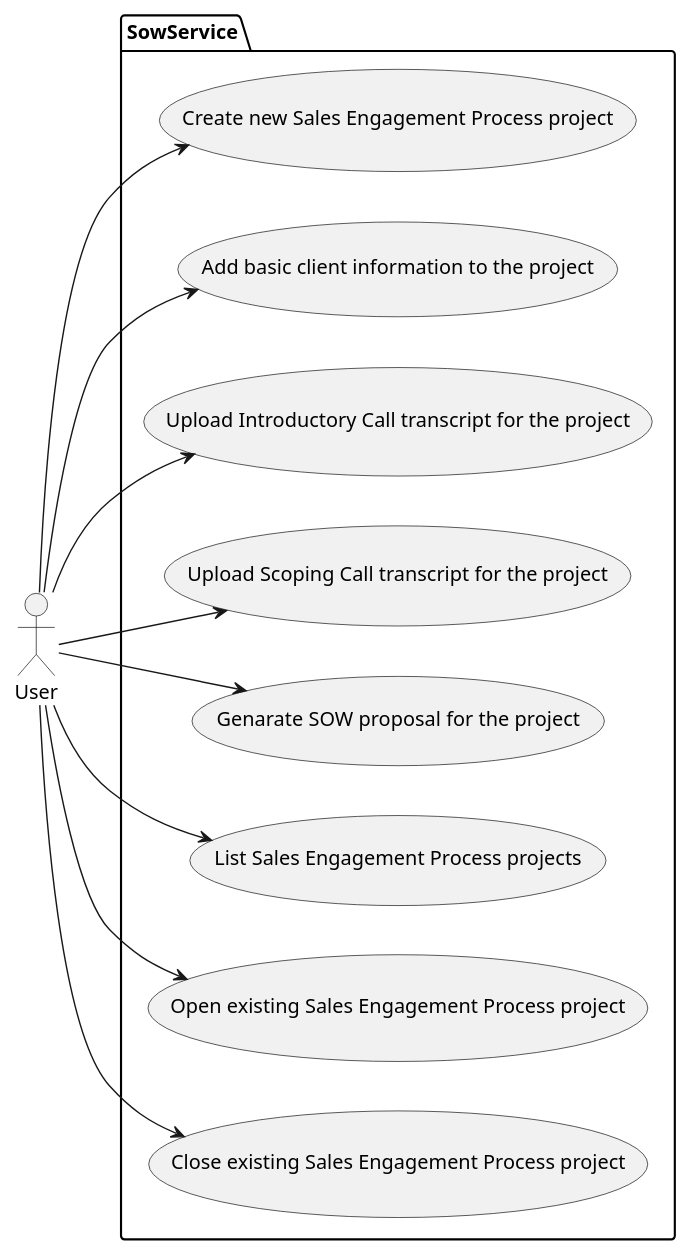
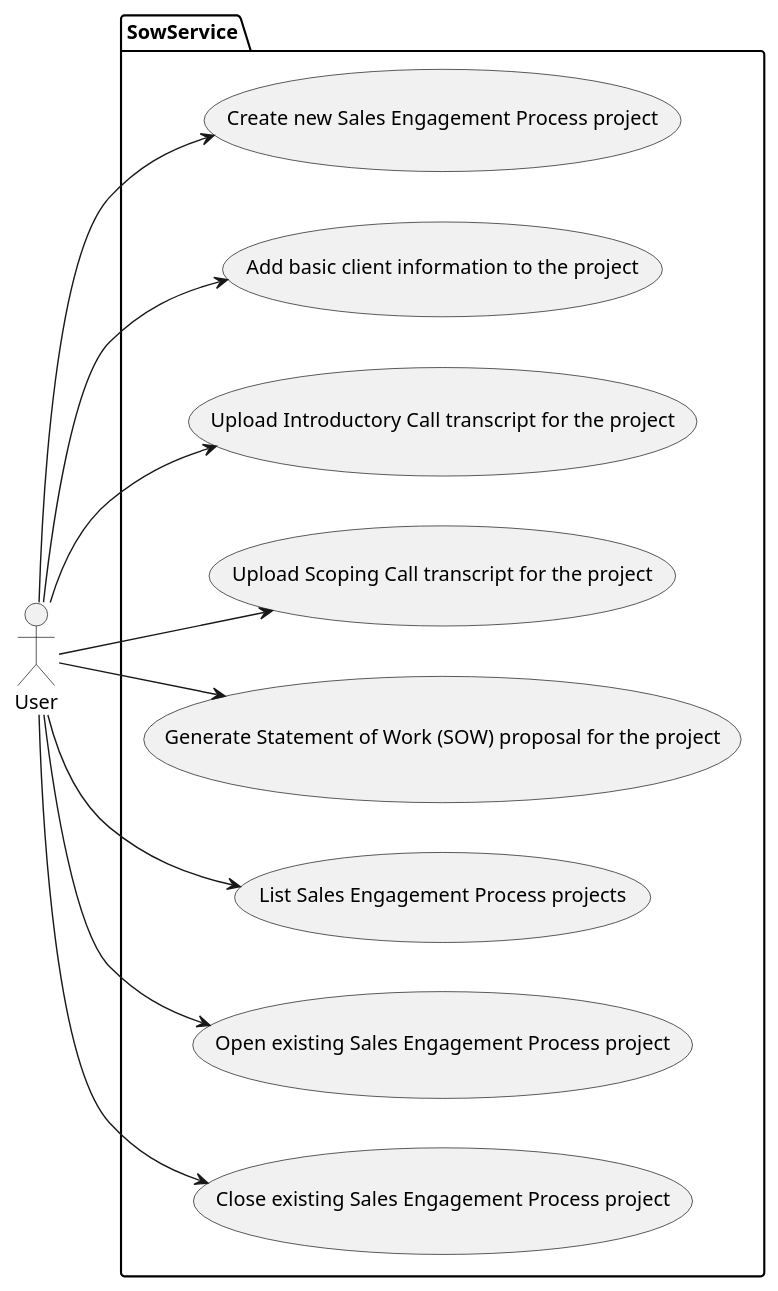
Before and after one commit to nruzic-rokolabs/dhc-synthesis-docs: diagram 11 of 12 in architecture-description.adoc, drawn with PlantUML. The commit also changed other lines of this file, not shown here.

Commit message:
Function view proposal

```diff
--- a/architecture-description.adoc
+++ b/architecture-description.adoc
@@ -571,27 +644,26 @@
 [plantuml]
 ....
 @startuml
 left to right direction
 actor User as user
 
 package SowService{
   usecase "Create new Sales Engagement Process project" as UC1
   usecase "Add basic client information to the project" as UC2
   usecase "Upload Introductory Call transcript for the project" as UC3
   usecase "Upload Scoping Call transcript for the project" as UC4
-  usecase "Genarate SOW proposal for the project" as UC5
+  usecase "Generate Statement of Work (SOW) proposal for the project" as UC5
   usecase "List Sales Engagement Process projects" as UC6
   usecase "Open existing Sales Engagement Process project" as UC7
   usecase "Close existing Sales Engagement Process project" as UC8
 }
 user --> UC1
 user --> UC2
 user --> UC3
 user --> UC4
 user --> UC5
 user --> UC6
 user --> UC7
 user --> UC8
 @enduml
-
 ....
```
